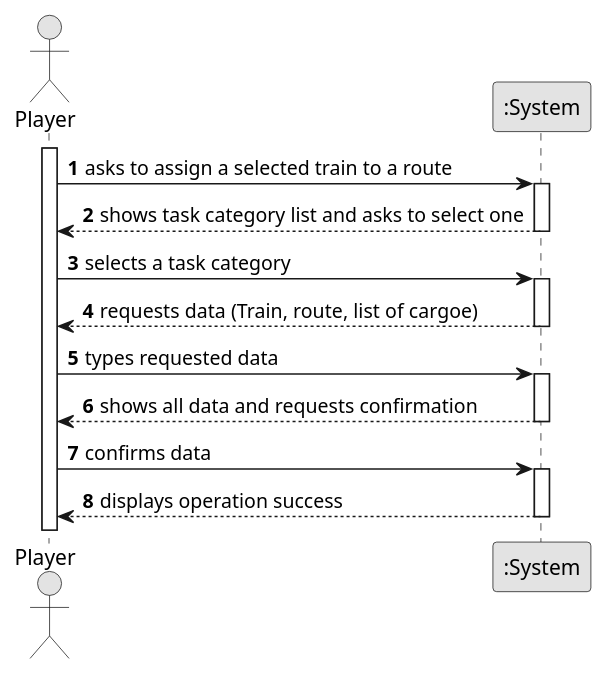
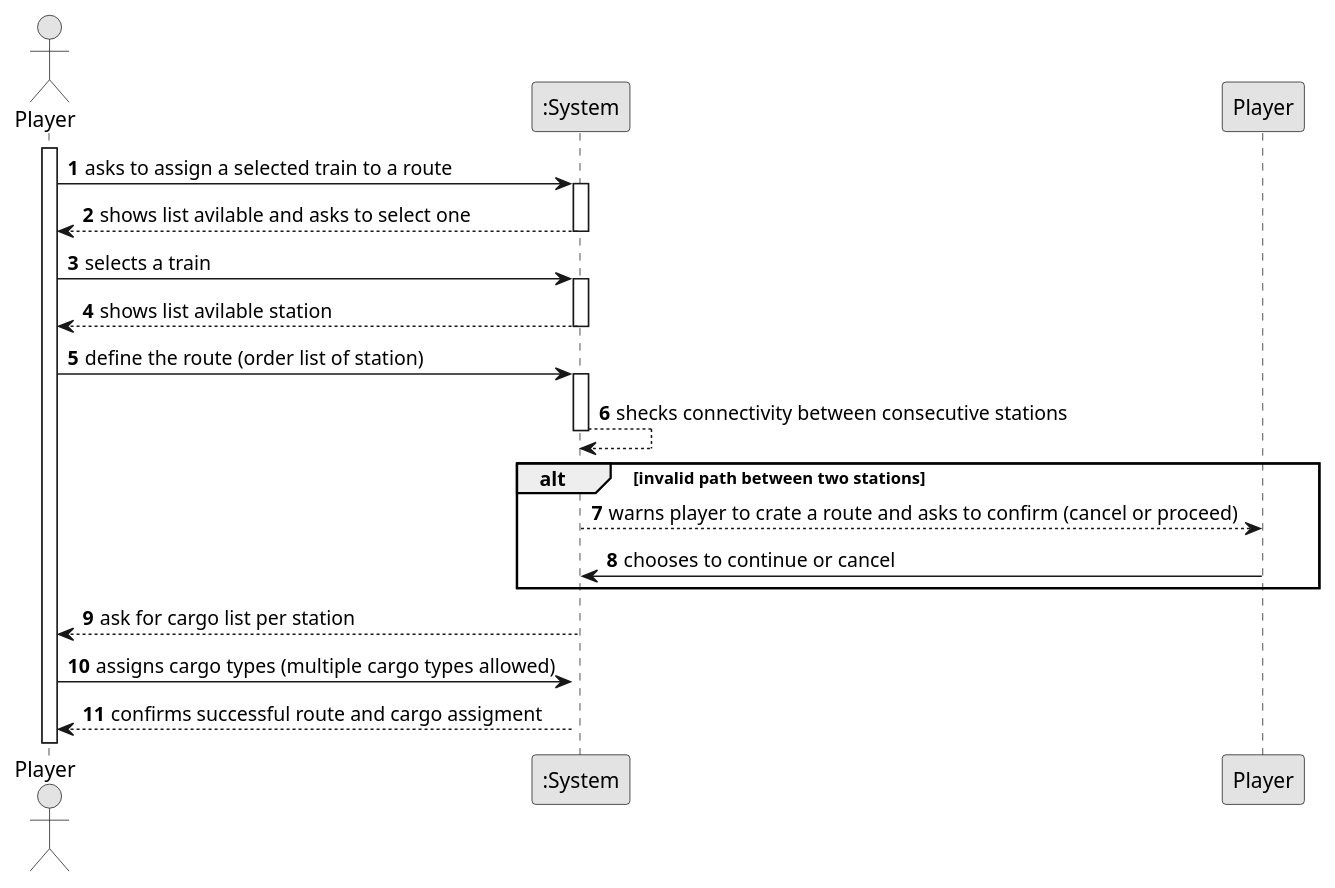
One commit to Andremonteiro1240850/railway_simulator changed the diagram in docs/(template-files)/US10/01.requirements-engineering.us10/us-Diagram/us10Diagram.puml. Above: the diagram before and after it, drawn with PlantUML. The commit also changed 2 other files, not shown here.

Commit message:
atualization of requirements diagrams of US,9,10 and 12 based on customer clarifications

```diff
--- a/docs/(template-files)/US10/01.requirements-engineering.us10/us-Diagram/us10Diagram.puml
+++ b/docs/(template-files)/US10/01.requirements-engineering.us10/us-Diagram/us10Diagram.puml
@@ -1,36 +1,44 @@
 @startuml
 skinparam monochrome true
 skinparam packageStyle rectangle
 skinparam shadowing false
 
 autonumber
 
 actor "Player" as Employee
 participant ":System" as System
 
 activate Employee
 
     Employee -> System : asks to assign a selected train to a route
     activate System
 
-        System --> Employee : shows task category list and asks to select one
+        System --> Employee : shows list avilable and asks to select one
     deactivate System
 
-    Employee -> System : selects a task category
+    Employee -> System : selects a train
     activate System
 
-        System --> Employee : requests data (Train, route, list of cargoe)
+        System --> Employee : shows list avilable station
     deactivate System
 
-    Employee -> System : types requested data
+    Employee -> System : define the route (order list of station)
     activate System
 
-        System --> Employee : shows all data and requests confirmation
+        System --> System : shecks connectivity between consecutive stations
     deactivate System
 
-    Employee -> System : confirms data
+  alt invalid path between two stations
+        System --> Player :  warns player to crate a route and asks to confirm (cancel or proceed)
+        Player -> System :  chooses to continue or cancel
+    end
+
+        System --> Employee : ask for cargo list per station
+    deactivate System
+
+    Employee -> System : assigns cargo types (multiple cargo types allowed)
     activate System
 
-        System --> Employee : displays operation success
-    deactivate System
+    System--> Employee :confirms successful route and cargo assigment
+
 @enduml
```
